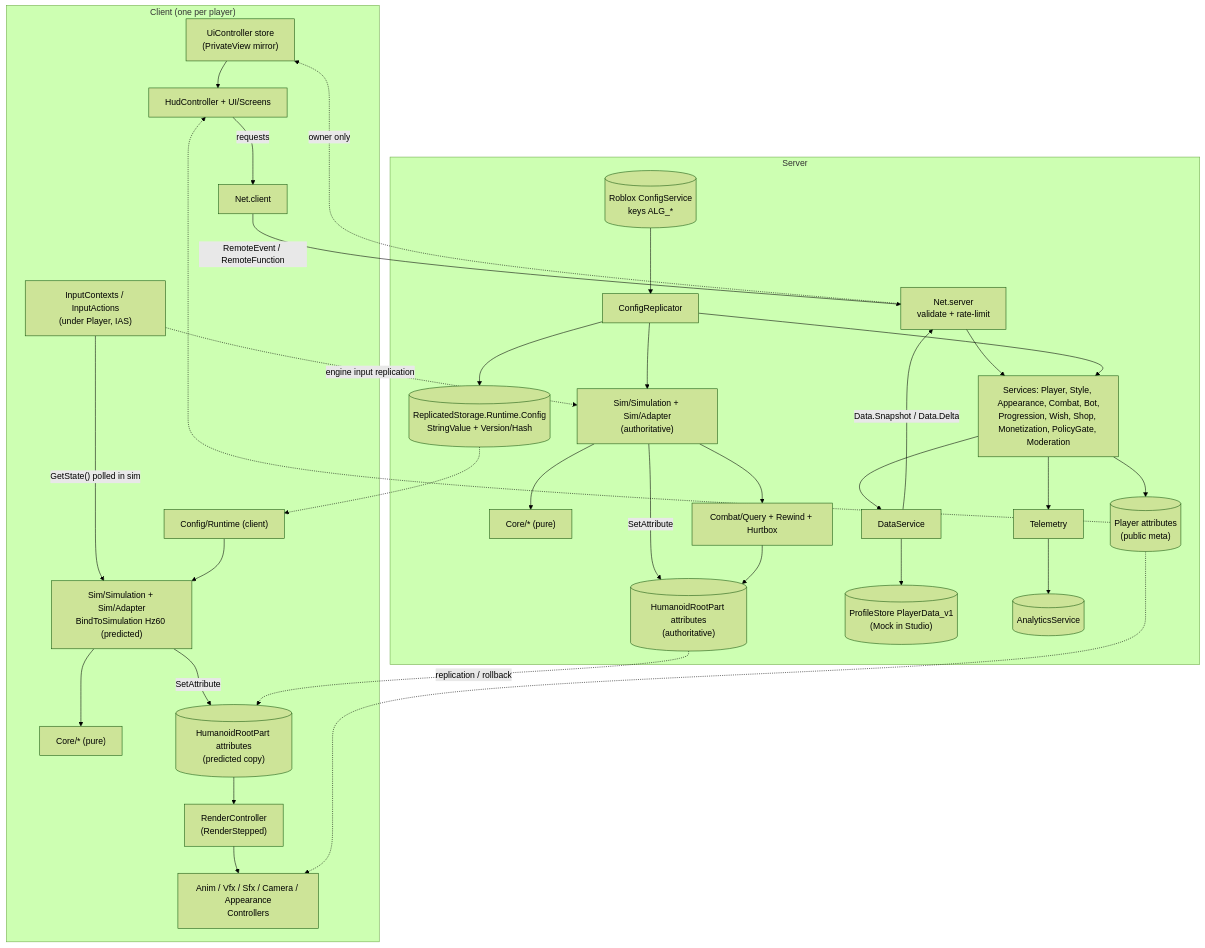
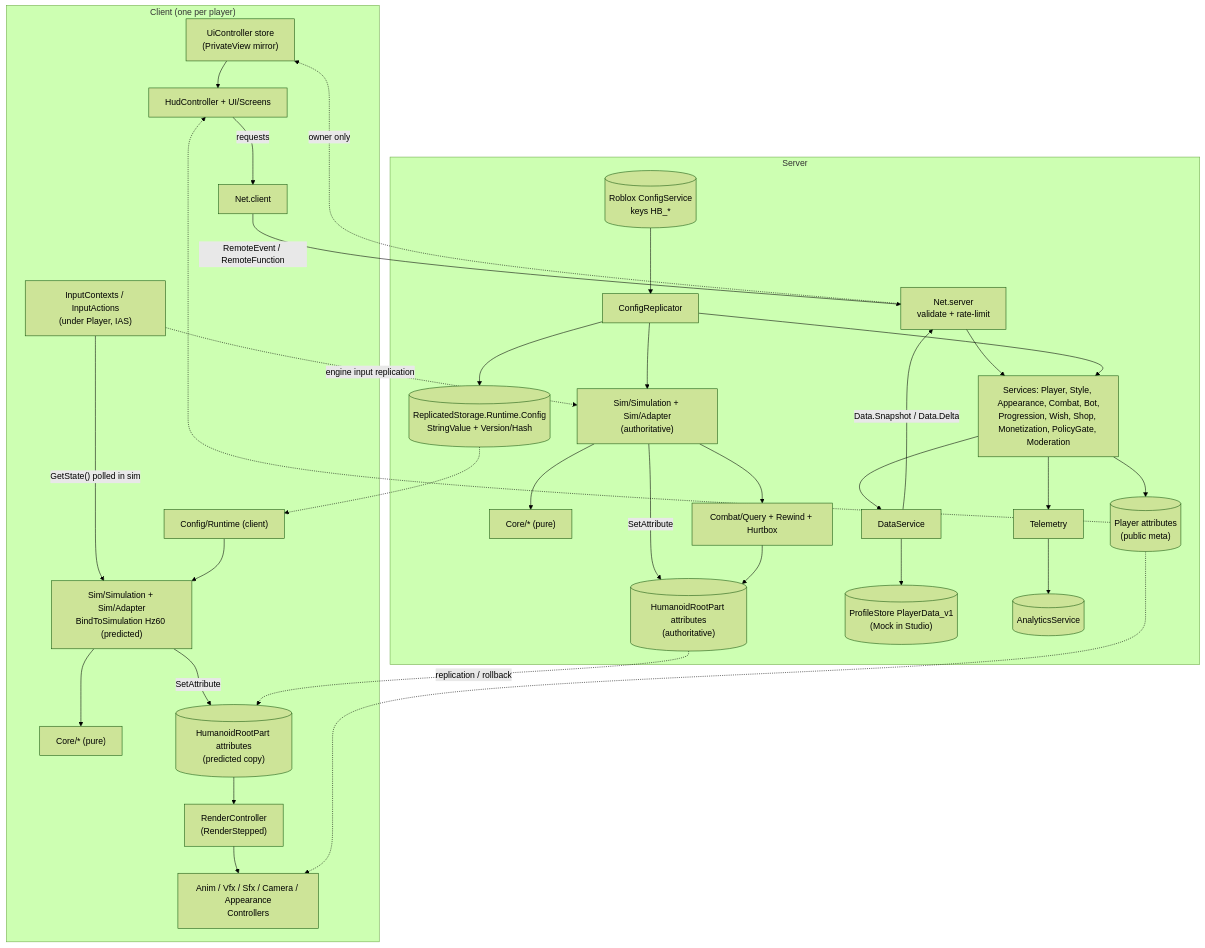
One commit to s0dot/xofyu changed the diagram in docs/build-spec/part-2-architecture.md. Above: the diagram before and after it, drawn with Mermaid (forest theme). The commit also changed other lines of this file and 24 other files, not shown here.

````diff
--- a/docs/build-spec/part-2-architecture.md
+++ b/docs/build-spec/part-2-architecture.md
@@ -37,52 +37,52 @@
 ```mermaid
 flowchart TB
   subgraph CL["Client (one per player)"]
     IAS["InputContexts / InputActions<br/>(under Player, IAS)"]
     SIMC["Sim/Simulation + Sim/Adapter<br/>BindToSimulation Hz60 (predicted)"]
     CORE_C["Core/* (pure)"]
     ATTR_C[("HumanoidRootPart attributes<br/>(predicted copy)")]
     RC["RenderController<br/>(RenderStepped)"]
     PRES["Anim / Vfx / Sfx / Camera / Appearance<br/>Controllers"]
     UIC["UiController store<br/>(PrivateView mirror)"]
     UI["HudController + UI/Screens"]
     RTC["Config/Runtime (client)"]
     NETC["Net.client"]
   end
   subgraph SV["Server"]
     SIMS["Sim/Simulation + Sim/Adapter<br/>(authoritative)"]
     CORE_S["Core/* (pure)"]
     HIT["Combat/Query + Rewind + Hurtbox"]
     ATTR_S[("HumanoidRootPart attributes<br/>(authoritative)")]
     PATTR[("Player attributes<br/>(public meta)")]
     SVC["Services: Player, Style, Appearance, Combat, Bot,<br/>Progression, Wish, Shop, Monetization, PolicyGate, Moderation"]
     DS["DataService"]
     PST[("ProfileStore PlayerData_v1<br/>(Mock in Studio)")]
     CR["ConfigReplicator"]
-    CFGS[("Roblox ConfigService<br/>keys ALG_*")]
+    CFGS[("Roblox ConfigService<br/>keys HB_*")]
     RTV[("ReplicatedStorage.Runtime.Config<br/>StringValue + Version/Hash")]
     TEL["Telemetry"]
     AN[("AnalyticsService")]
     NETS["Net.server<br/>validate + rate-limit"]
   end
   IAS -->|"GetState() polled in sim"| SIMC
   IAS -.->|"engine input replication"| SIMS
   SIMC --> CORE_C
   SIMS --> CORE_S
   SIMC -->|"SetAttribute"| ATTR_C
   SIMS -->|"SetAttribute"| ATTR_S
   SIMS --> HIT --> ATTR_S
   ATTR_S -.->|"replication / rollback"| ATTR_C
   ATTR_C --> RC --> PRES
   PATTR -.-> PRES
   PATTR -.-> UI
   UI -->|"requests"| NETC -->|"RemoteEvent / RemoteFunction"| NETS --> SVC
   SVC --> DS --> PST
   DS -->|"Data.Snapshot / Data.Delta"| NETS
   NETS -.->|"owner only"| UIC --> UI
   SVC --> PATTR
   CFGS --> CR --> RTV
   RTV -.-> RTC --> SIMC
   CR --> SIMS
   CR --> SVC
   SVC --> TEL --> AN
 ```
````
